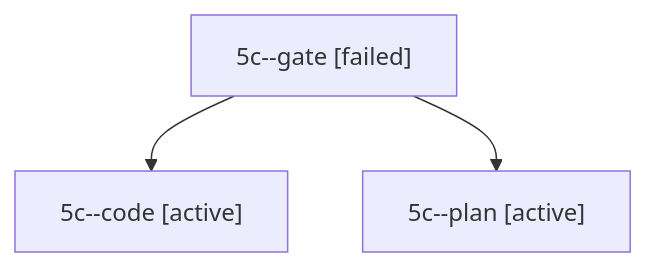
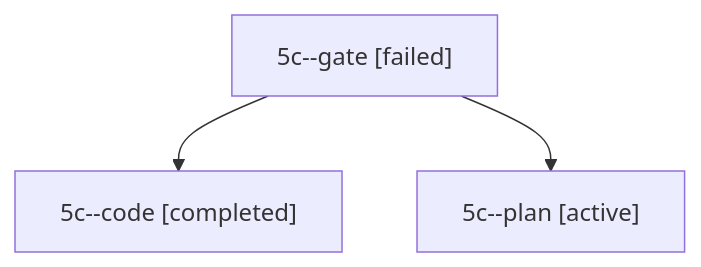
One commit to bobs-org/bob-cli--agents changed the diagram in sessions/bbugyi200.apollo.5c.md. Above: the diagram before and after it, drawn with Mermaid. The commit also changed other lines of this file and 29 other files, not shown here.

````diff
--- a/sessions/bbugyi200.apollo.5c.md
+++ b/sessions/bbugyi200.apollo.5c.md
@@ -9,8 +9,8 @@
 ```mermaid
 flowchart TD
   n0["5c--gate [failed]"]
-  n1["5c--code [active]"]
+  n1["5c--code [completed]"]
   n0 --> n1
   n2["5c--plan [active]"]
   n0 --> n2
 ```
````
